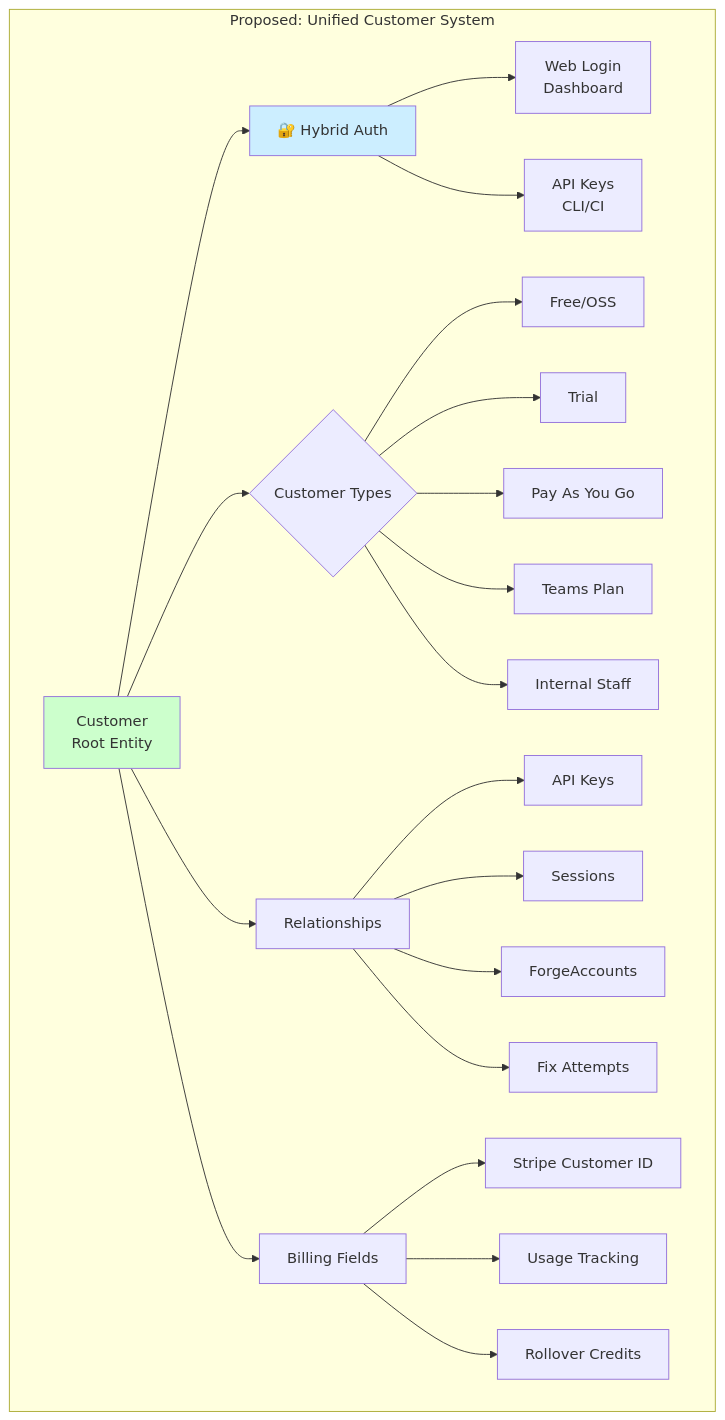
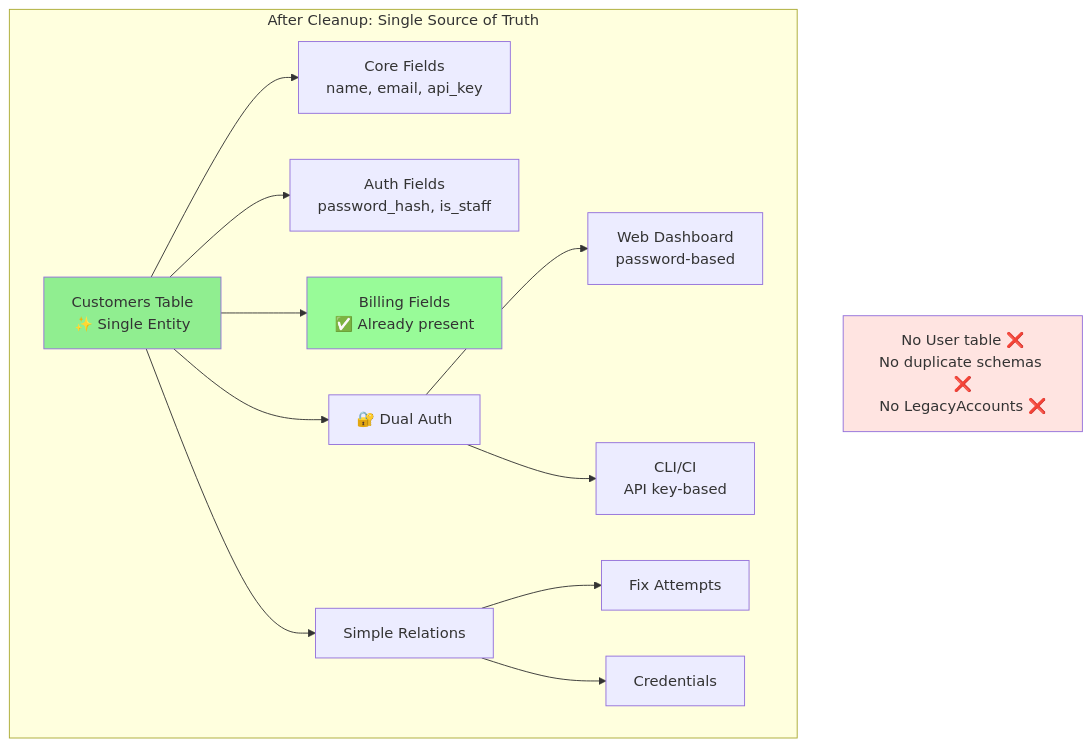
One commit to RSOLV-dev/rsolv-action changed the second of 3 diagrams in RFCs/RFC-049-CUSTOMER-MANAGEMENT-CONSOLIDATION.md. Above: the diagram before and after it, drawn with Mermaid. The commit also changed other lines of this file and 1 other file, not shown here.

First line of the commit message:
docs: Update RFC-049 with critical schema consolidation findings

````diff
--- a/RFCs/RFC-049-CUSTOMER-MANAGEMENT-CONSOLIDATION.md
+++ b/RFCs/RFC-049-CUSTOMER-MANAGEMENT-CONSOLIDATION.md
@@ -54,30 +54,24 @@
 ```mermaid
 graph TD
-    subgraph "Proposed: Unified Customer System"
-        Customer[Customer<br/>Root Entity]
-        Customer --> Auth[🔐 Hybrid Auth]
-        Auth --> Web[Web Login<br/>Dashboard]
-        Auth --> API[API Keys<br/>CLI/CI]
+    subgraph "After Cleanup: Single Source of Truth"
+        Customer[Customers Table<br/>✨ Single Entity]
+        Customer --> CoreFields[Core Fields<br/>name, email, api_key]
+        Customer --> AuthFields[Auth Fields<br/>password_hash, is_staff]
+        Customer --> BillingFields[Billing Fields<br/>✅ Already present]
         
-        Customer --> Types{Customer Types}
-        Types --> Free[Free/OSS]
-        Types --> Trial[Trial]
-        Types --> PAYG[Pay As You Go]
-        Types --> Teams[Teams Plan]
-        Types --> Staff[Internal Staff]
+        Customer --> Auth[🔐 Dual Auth]
+        Auth --> Web[Web Dashboard<br/>password-based]
+        Auth --> API[CLI/CI<br/>API key-based]
         
-        Customer --> Relations[Relationships]
-        Relations --> APIKeys[API Keys]
-        Relations --> Sessions[Sessions]
-        Relations --> Forge[ForgeAccounts]
-        Relations --> Fixes[Fix Attempts]
-        
-        Customer --> Billing[Billing Fields]
-        Billing --> StripeCust[Stripe Customer ID]
-        Billing --> Usage[Usage Tracking]
-        Billing --> Rollover[Rollover Credits]
+        Customer --> Simple[Simple Relations]
+        Simple --> Fixes[Fix Attempts]
+        Simple --> Creds[Credentials]
     end
     
-    style Customer fill:#ccffcc
-    style Auth fill:#cceeff
+    style Customer fill:#90EE90
+    style BillingFields fill:#98FB98
+    
+    Note[No User table ❌<br/>No duplicate schemas ❌<br/>No LegacyAccounts ❌]
+    
+    style Note fill:#FFE4E1
 ```
````
